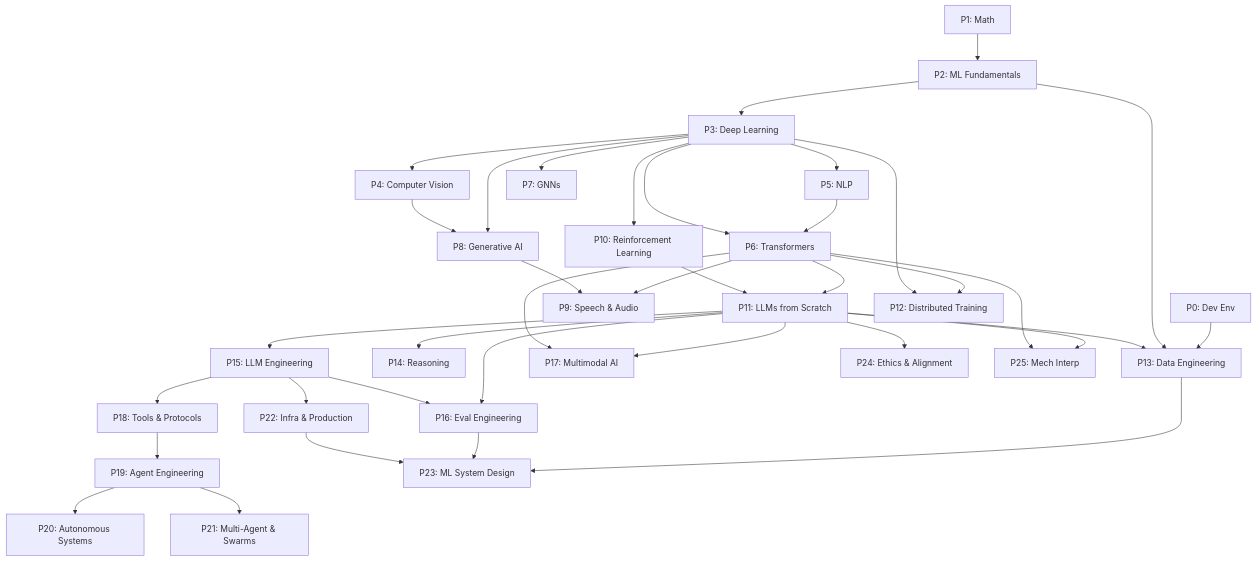
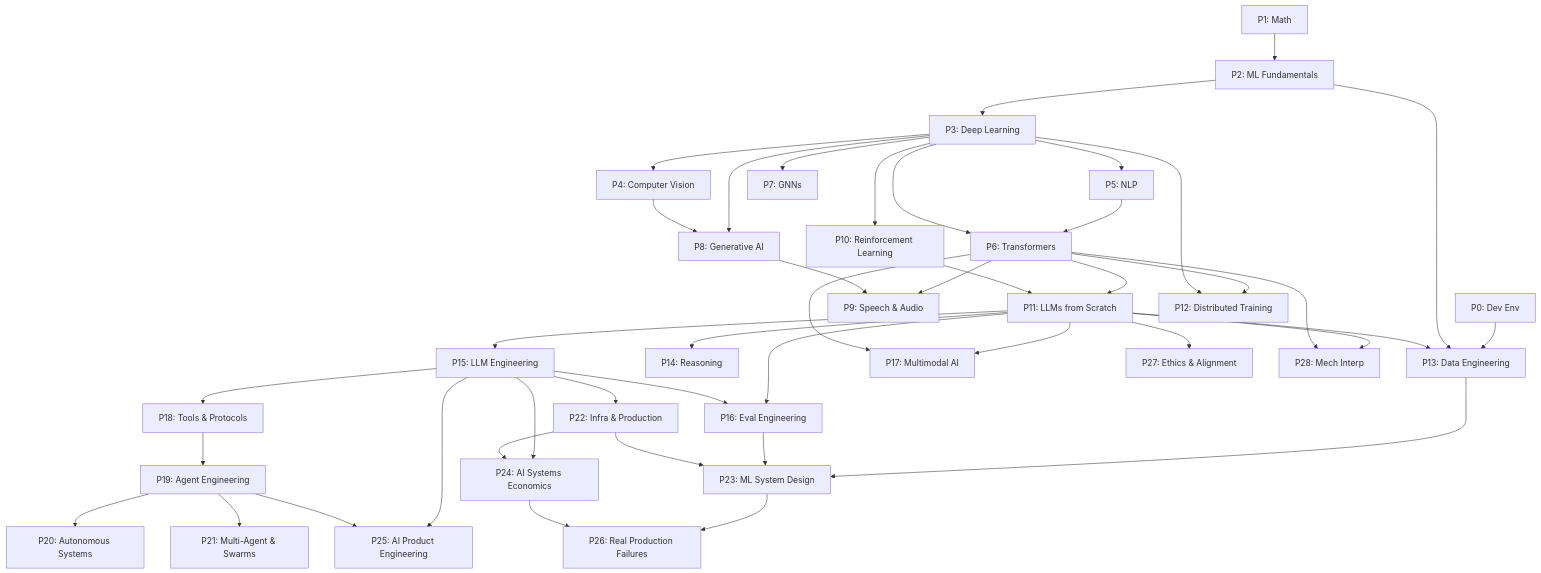
Before and after one commit to Amandeep355/AI_ROADMAP: the diagram in AI_ML_Roadmap.md, drawn with Mermaid. The commit also changed other lines of this file and 1 other file, not shown here.

Commit message:
Massive 30-phase expansion: Added Milestones, Economics, Product UX, Production Failures, and deep Kernel engineering.

````diff
--- a/AI_ML_Roadmap.md
+++ b/AI_ML_Roadmap.md
@@ -61,52 +75,58 @@
 ```mermaid
 graph TD
     %% Base
     P0[P0: Dev Env] --> P13
     P1[P1: Math] --> P2[P2: ML Fundamentals]
     P2 --> P3[P3: Deep Learning]
     P2 --> P13
     
     %% Core DL & NLP/CV
     P3 --> P4[P4: Computer Vision]
     P3 --> P5[P5: NLP]
     P3 --> P7[P7: GNNs]
     P3 --> P10[P10: Reinforcement Learning]
     
     %% Transformers & GenAI
     P5 --> P6[P6: Transformers]
     P3 --> P6
     P3 --> P8[P8: Generative AI]
     P4 --> P8
     P6 --> P9[P9: Speech & Audio]
     P8 --> P9
     
     %% Large Models
     P6 --> P11[P11: LLMs from Scratch]
     P10 --> P11
     P6 --> P12[P12: Distributed Training]
     P3 --> P12
     
     %% Infra & LLM App Layer
     P11 --> P13[P13: Data Engineering]
     P11 --> P14[P14: Reasoning]
     P11 --> P15[P15: LLM Engineering]
     P11 --> P16[P16: Eval Engineering]
     P15 --> P16
     P11 --> P17[P17: Multimodal AI]
     P6 --> P17
     
     %% Agents
     P15 --> P18[P18: Tools & Protocols]
     P18 --> P19[P19: Agent Engineering]
     P19 --> P20[P20: Autonomous Systems]
     P19 --> P21[P21: Multi-Agent & Swarms]
     
     %% Production & Alignment
     P15 --> P22[P22: Infra & Production]
     P13 --> P23[P23: ML System Design]
     P16 --> P23
     P22 --> P23
-    P11 --> P24[P24: Ethics & Alignment]
-    P11 --> P25[P25: Mech Interp]
-    P6 --> P25
+    P15 --> P24[P24: AI Systems Economics]
+    P22 --> P24
+    P15 --> P25[P25: AI Product Engineering]
+    P19 --> P25
+    P23 --> P26[P26: Real Production Failures]
+    P24 --> P26
+    P11 --> P27[P27: Ethics & Alignment]
+    P11 --> P28[P28: Mech Interp]
+    P6 --> P28
 ```
````
